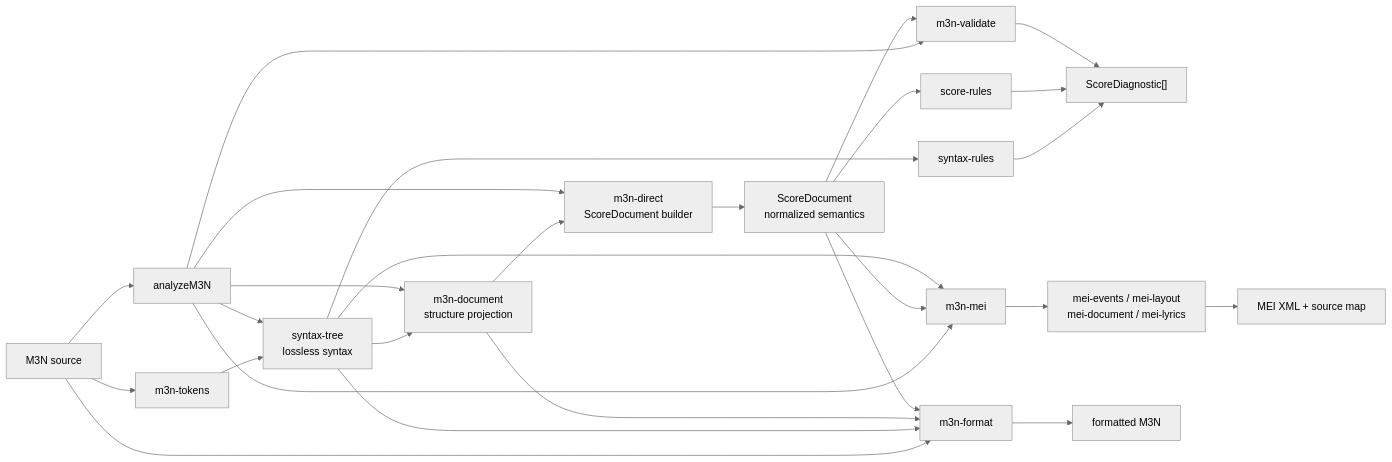
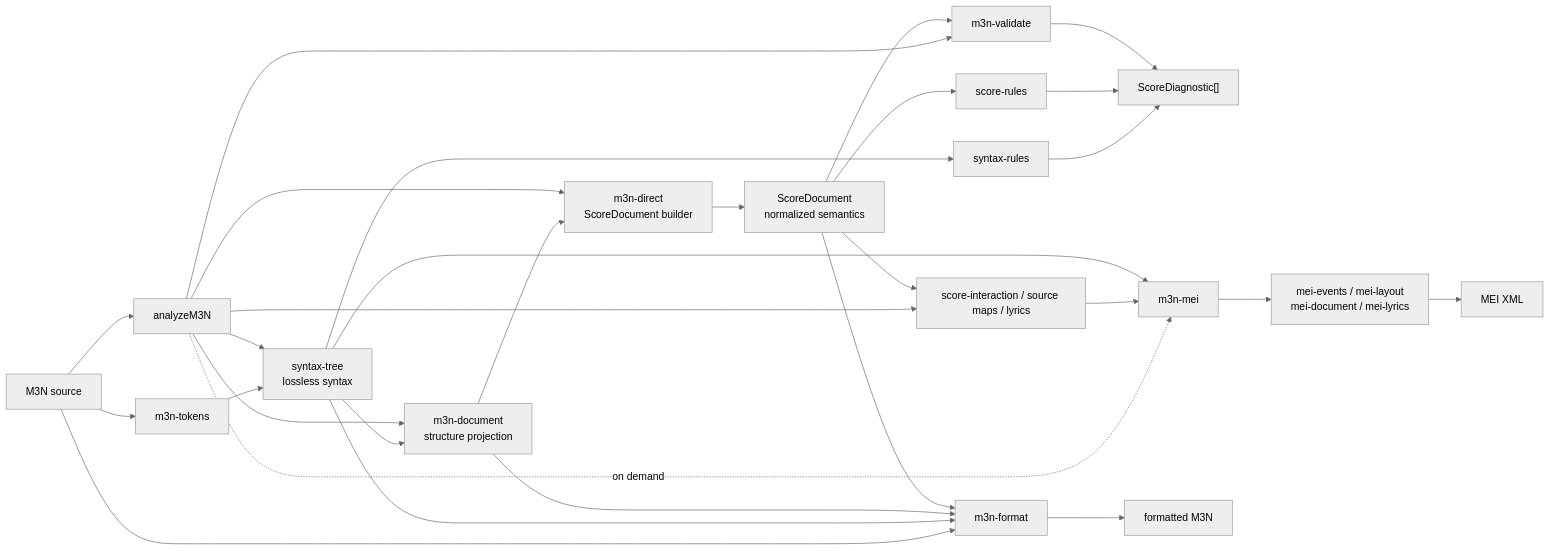
Before and after one commit to huazhechen/m3n: the third of 5 diagrams in docs/CODEGRAPH.md, drawn with Mermaid (neutral theme). The commit also changed other lines of this file and 55 other files, not shown here.

````diff
--- a/docs/CODEGRAPH.md
+++ b/docs/CODEGRAPH.md
@@ -80,37 +80,38 @@
 ```mermaid
 flowchart LR
   source["M3N source"]
   tokens["m3n-tokens"]
   syntax["syntax-tree<br/>lossless syntax"]
   projection["m3n-document<br/>structure projection"]
   direct["m3n-direct<br/>ScoreDocument builder"]
   score["ScoreDocument<br/>normalized semantics"]
   validation["m3n-validate"]
   syntaxRules["syntax-rules"]
   scoreRules["score-rules"]
   diagnostics["ScoreDiagnostic[]"]
   analysis["analyzeM3N"]
   mei["m3n-mei"]
   meiParts["mei-events / mei-layout<br/>mei-document / mei-lyrics"]
-  xml["MEI XML + source map"]
+  xml["MEI XML"]
   format["m3n-format"]
   formatted["formatted M3N"]
 
   source --> tokens --> syntax --> projection --> direct --> score
   source --> analysis
   analysis --> syntax
   analysis --> projection
   analysis --> direct
   analysis --> validation
-  analysis --> mei
+  analysis --> interaction["score-interaction / source maps / lyrics"]
+  analysis -. on demand .-> mei
   syntax --> syntaxRules --> diagnostics
   score --> scoreRules --> diagnostics
   score --> validation --> diagnostics
-  score --> mei
+  score --> interaction --> mei
   syntax --> mei
   mei --> meiParts --> xml
   source --> format
   syntax --> format
   projection --> format
   score --> format --> formatted
 ```
````
